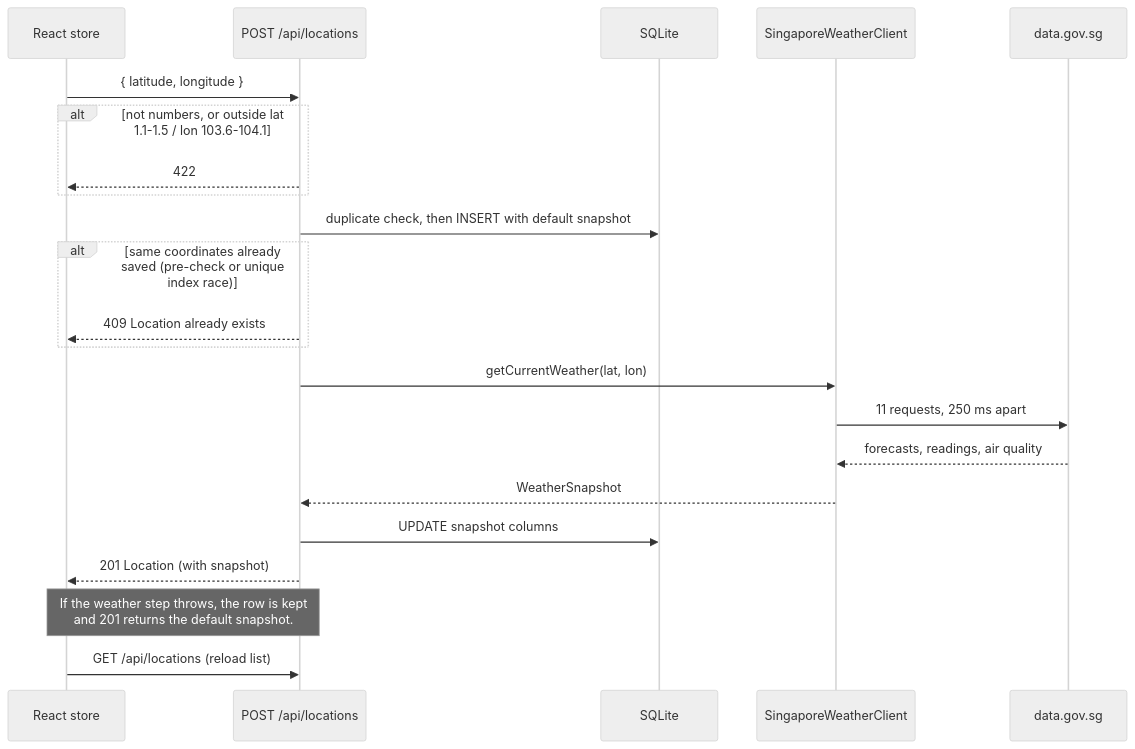
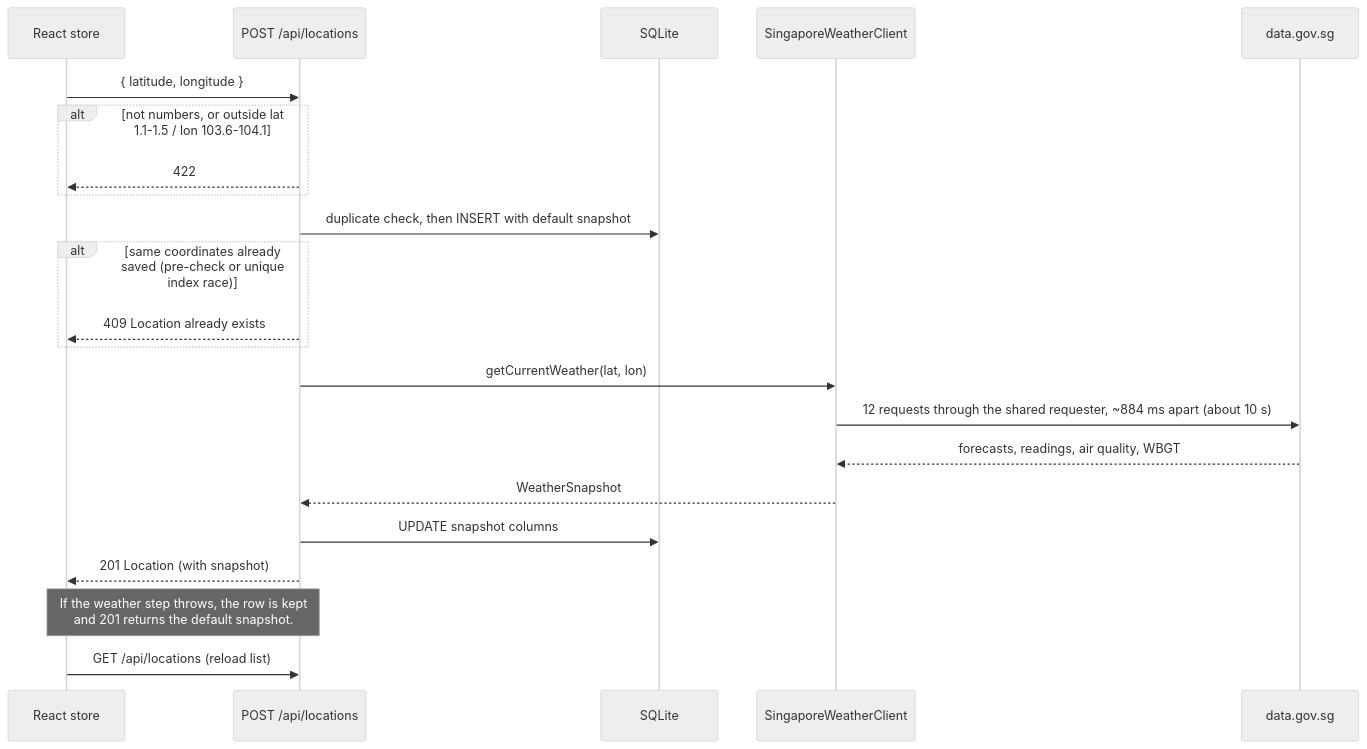
One commit to chuan77/AIxTech-SG-Weather changed the second of 4 diagrams in docs/src/content/docs/architecture/data-flow.md. Above: the diagram before and after it, drawn with Mermaid (neutral theme). The commit also changed 42 other files, not shown here.

First line of the commit message:
feat: add NEA WBGT heat-stress tile with paced provider requests

````diff
--- a/docs/src/content/docs/architecture/data-flow.md
+++ b/docs/src/content/docs/architecture/data-flow.md
@@ -29,25 +29,25 @@
 ```mermaid
 sequenceDiagram
   participant UI as React store
   participant API as POST /api/locations
   participant DB as SQLite
   participant WX as SingaporeWeatherClient
   participant DG as data.gov.sg
 
   UI->>API: { latitude, longitude }
   alt not numbers, or outside lat 1.1-1.5 / lon 103.6-104.1
     API-->>UI: 422
   end
   API->>DB: duplicate check, then INSERT with default snapshot
   alt same coordinates already saved (pre-check or unique index race)
     API-->>UI: 409 Location already exists
   end
   API->>WX: getCurrentWeather(lat, lon)
-  WX->>DG: 11 requests, 250 ms apart
-  DG-->>WX: forecasts, readings, air quality
+  WX->>DG: 12 requests through the shared requester, ~884 ms apart (about 10 s)
+  DG-->>WX: forecasts, readings, air quality, WBGT
   WX-->>API: WeatherSnapshot
   API->>DB: UPDATE snapshot columns
   API-->>UI: 201 Location (with snapshot)
   Note over API,UI: If the weather step throws, the row is kept<br/>and 201 returns the default snapshot.
   UI->>API: GET /api/locations (reload list)
 ```
````
